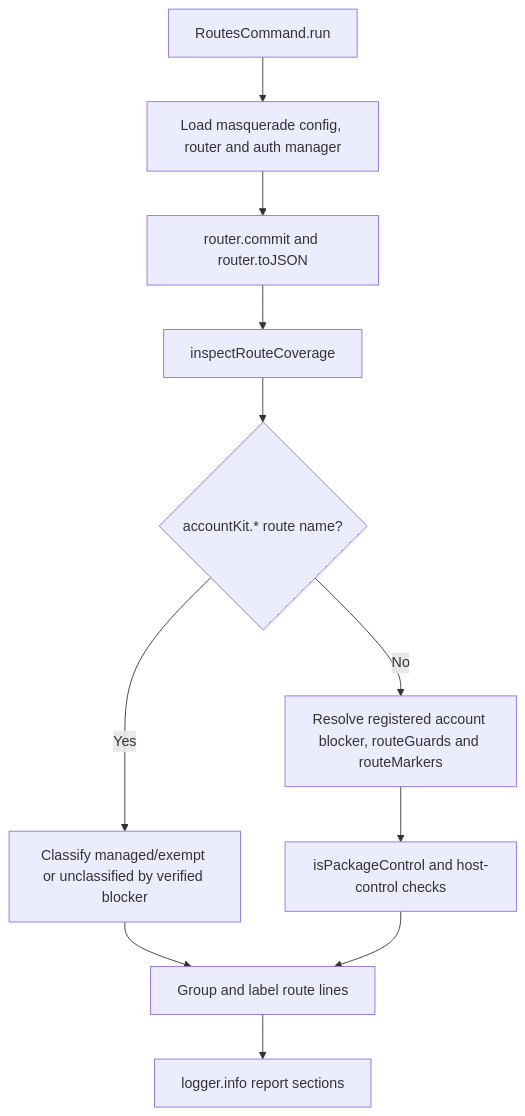
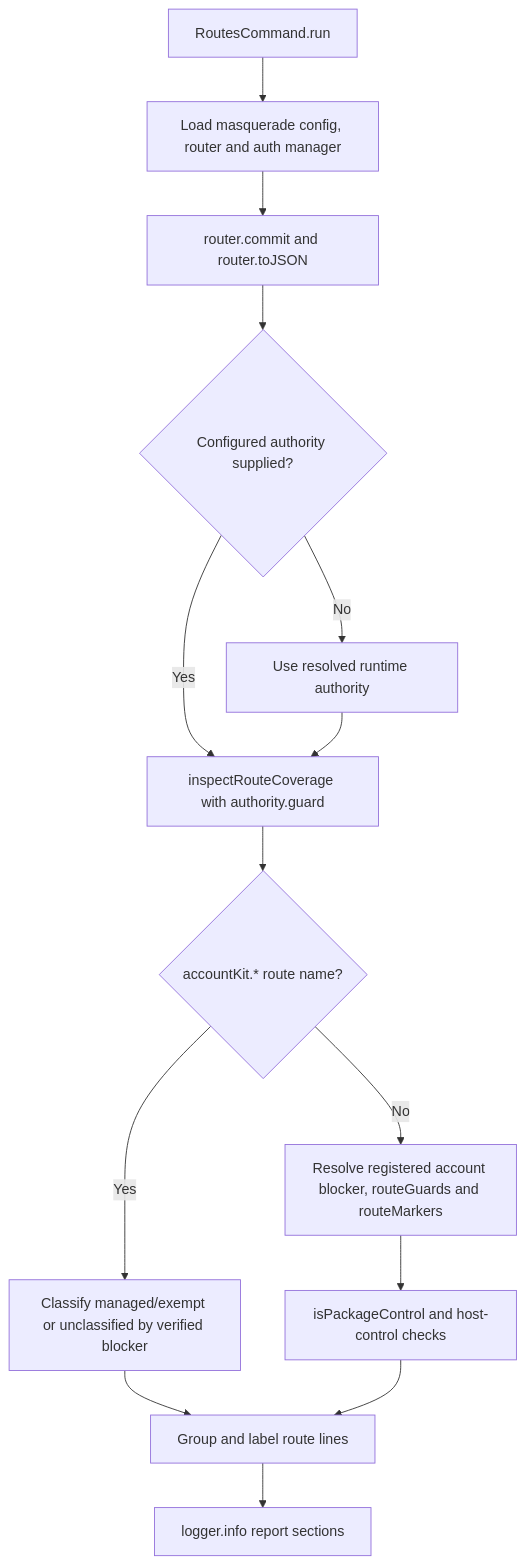
One commit to Kevinjohn/oss-adonisjs-masquerade changed the second of 2 diagrams in user-stories/review-routes/us-ops-02-review-routes.md. Above: the diagram before and after it, drawn with Mermaid. The commit also changed 20 other files, not shown here.

````diff
--- a/user-stories/review-routes/us-ops-02-review-routes.md
+++ b/user-stories/review-routes/us-ops-02-review-routes.md
@@ -33,13 +33,16 @@
 ```mermaid
 flowchart TD
     A["RoutesCommand.run"] --> B["Load masquerade config, router and auth manager"]
     B --> C["router.commit and router.toJSON"]
-    C --> D["inspectRouteCoverage"]
+    C --> A2{"Configured authority supplied?"}
+    A2 -->|Yes| D["inspectRouteCoverage with authority.guard"]
+    A2 -->|No| R["Use resolved runtime authority"]
+    R --> D
     D --> Q{"accountKit.* route name?"}
     Q -->|Yes| X["Classify managed/exempt or unclassified by verified blocker"]
     Q -->|No| E["Resolve registered account blocker, routeGuards and routeMarkers"]
     E --> F["isPackageControl and host-control checks"]
     X --> G["Group and label route lines"]
     F --> G
     G --> H["logger.info report sections"]
 ```
````
